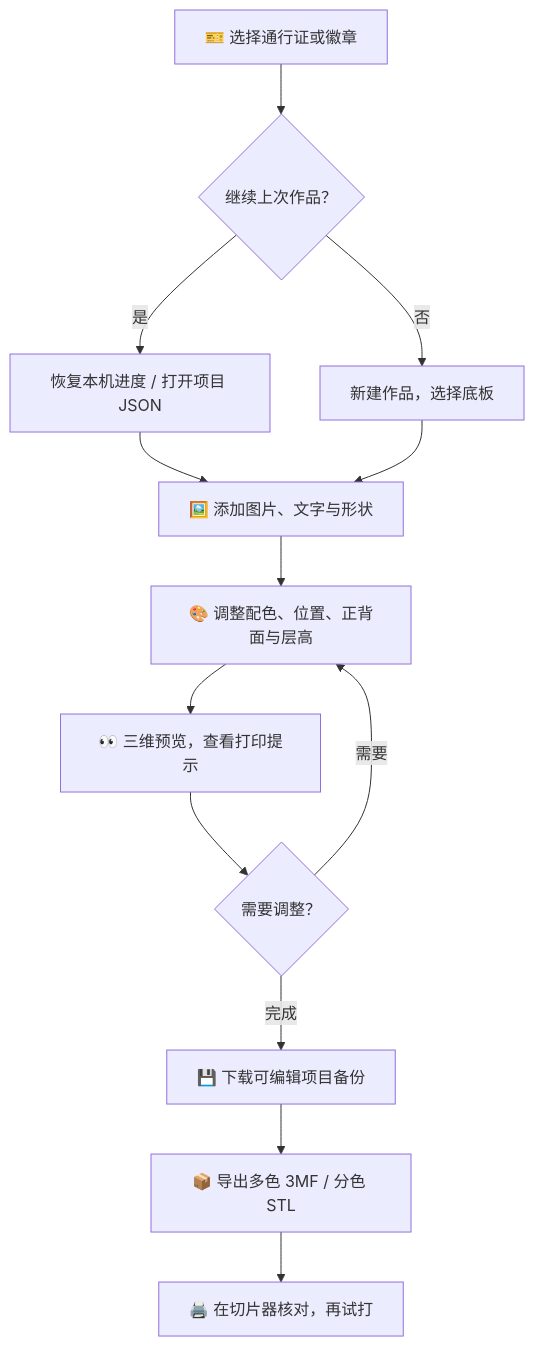
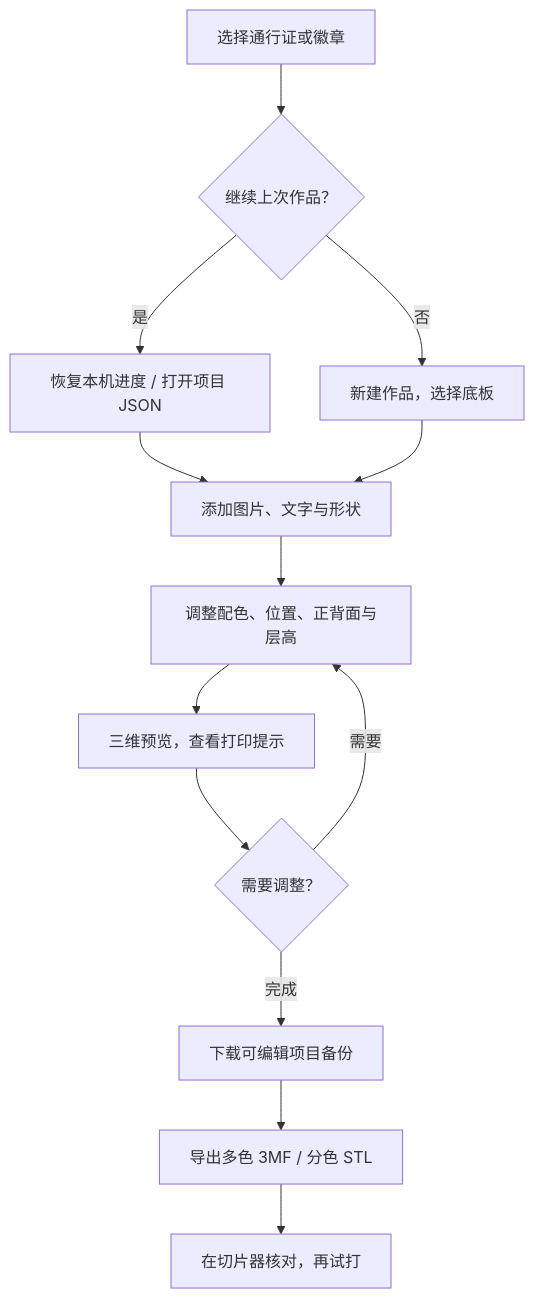
One commit to lilisanae/3dprinting-pass-atelier changed the diagram in README.md. Above: the diagram before and after it, drawn with Mermaid. The commit also changed other lines of this file, not shown here.

````diff
--- a/README.md
+++ b/README.md
@@ -30,15 +30,15 @@
 ```mermaid
 flowchart TD
-    A["🎫 选择通行证或徽章"] --> B{"继续上次作品？"}
+    A["选择通行证或徽章"] --> B{"继续上次作品？"}
     B -->|是| C["恢复本机进度 / 打开项目 JSON"]
     B -->|否| D["新建作品，选择底板"]
-    C --> E["🖼️ 添加图片、文字与形状"]
+    C --> E["添加图片、文字与形状"]
     D --> E
-    E --> F["🎨 调整配色、位置、正背面与层高"]
-    F --> G["👀 三维预览，查看打印提示"]
+    E --> F["调整配色、位置、正背面与层高"]
+    F --> G["三维预览，查看打印提示"]
     G --> H{"需要调整？"}
     H -->|需要| F
-    H -->|完成| I["💾 下载可编辑项目备份"]
-    I --> J["📦 导出多色 3MF / 分色 STL"]
-    J --> K["🖨️ 在切片器核对，再试打"]
+    H -->|完成| I["下载可编辑项目备份"]
+    I --> J["导出多色 3MF / 分色 STL"]
+    J --> K["在切片器核对，再试打"]
 ```
````
